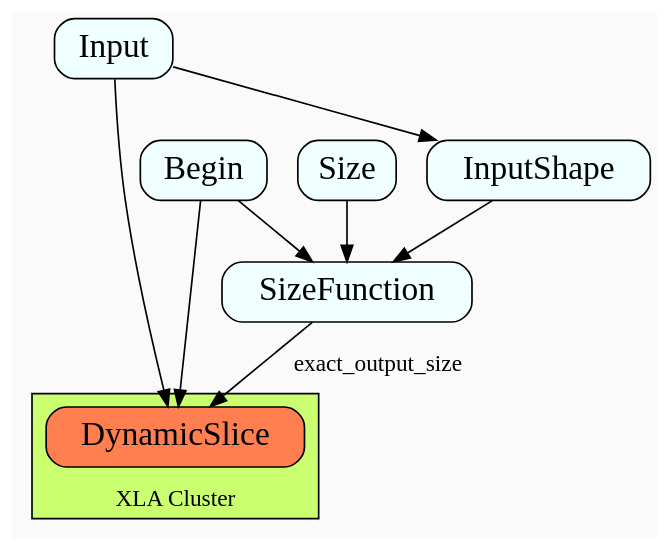
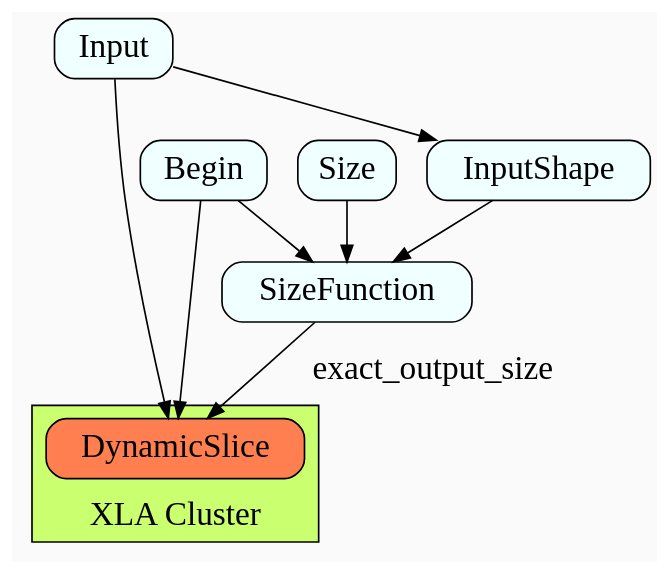
Before and after one commit to sanjoy/auto-clustering-presentation: the diagram in reduce-compilation-f.dot, drawn with Graphviz. The commit also changed 5 other files, not shown here.

```diff
--- a/reduce-compilation-f.dot
+++ b/reduce-compilation-f.dot
@@ -1,20 +1,21 @@
 digraph {
-  graph[bgcolor=gray98,compound=true]
+  graph[bgcolor=gray98,compound=true,fontsize=20]
+  edge[fontsize=20]
   node[fontsize=20,shape=box,fillcolor=azure, style="filled,rounded"]
 
   subgraph cluster_0 {
     label="XLA Cluster";labelloc="b"
     style=filled
     fillcolor=darkolivegreen1
     node[fillcolor=coral]
     DynamicSlice
   }
 
   Input -> DynamicSlice
   Begin -> SizeFunction
   Size -> SizeFunction
   Begin -> DynamicSlice
   Input -> InputShape
   InputShape -> SizeFunction
   SizeFunction -> DynamicSlice[label="exact_output_size"]
 }
```
